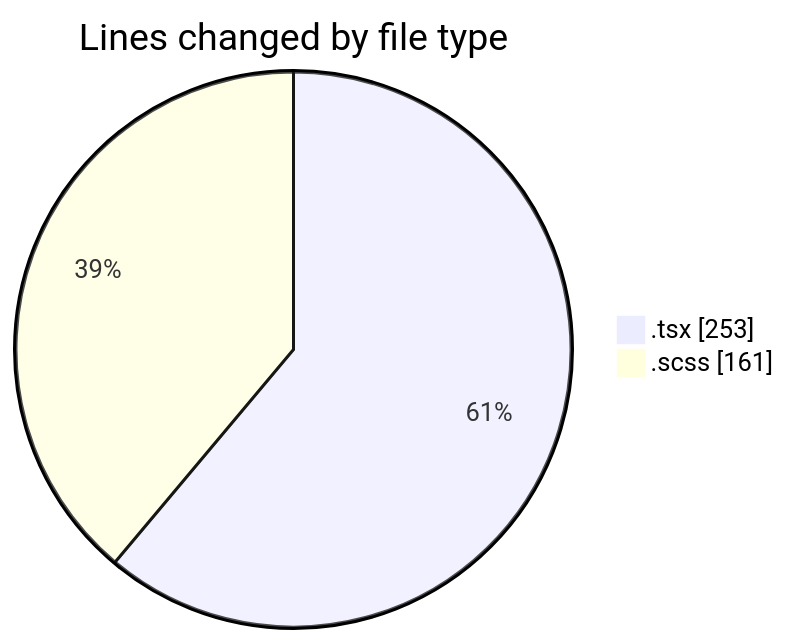
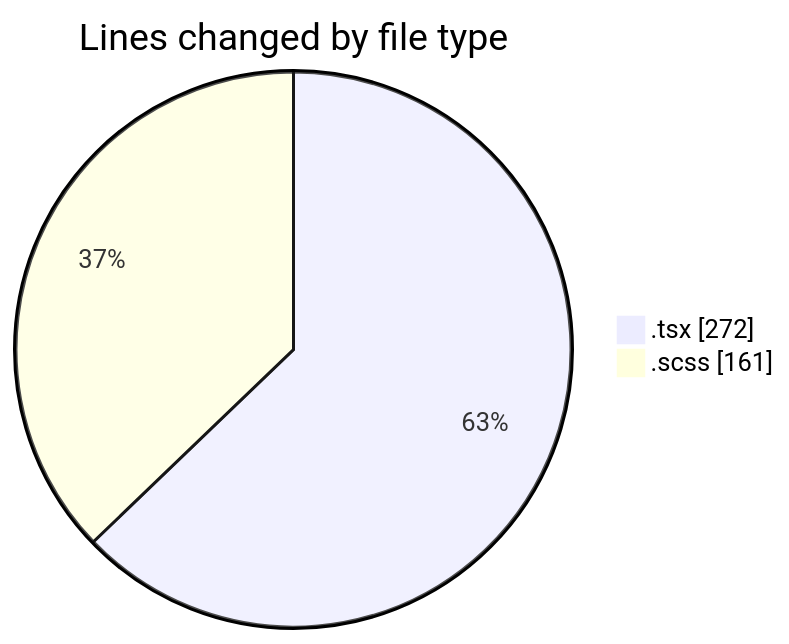
Before and after one commit to momahboobian/code-tracking: the first of 2 diagrams in 2025-09-16/cda/README.md, drawn with Mermaid. The commit also changed other lines of this file and 1 other file, not shown here.

````diff
--- a/2025-09-16/cda/README.md
+++ b/2025-09-16/cda/README.md
@@ -22,6 +22,6 @@
 ```mermaid
 pie showData
 title Lines changed by file type
-".tsx" : 253
+".tsx" : 272
 ".scss" : 161
 ```
````
